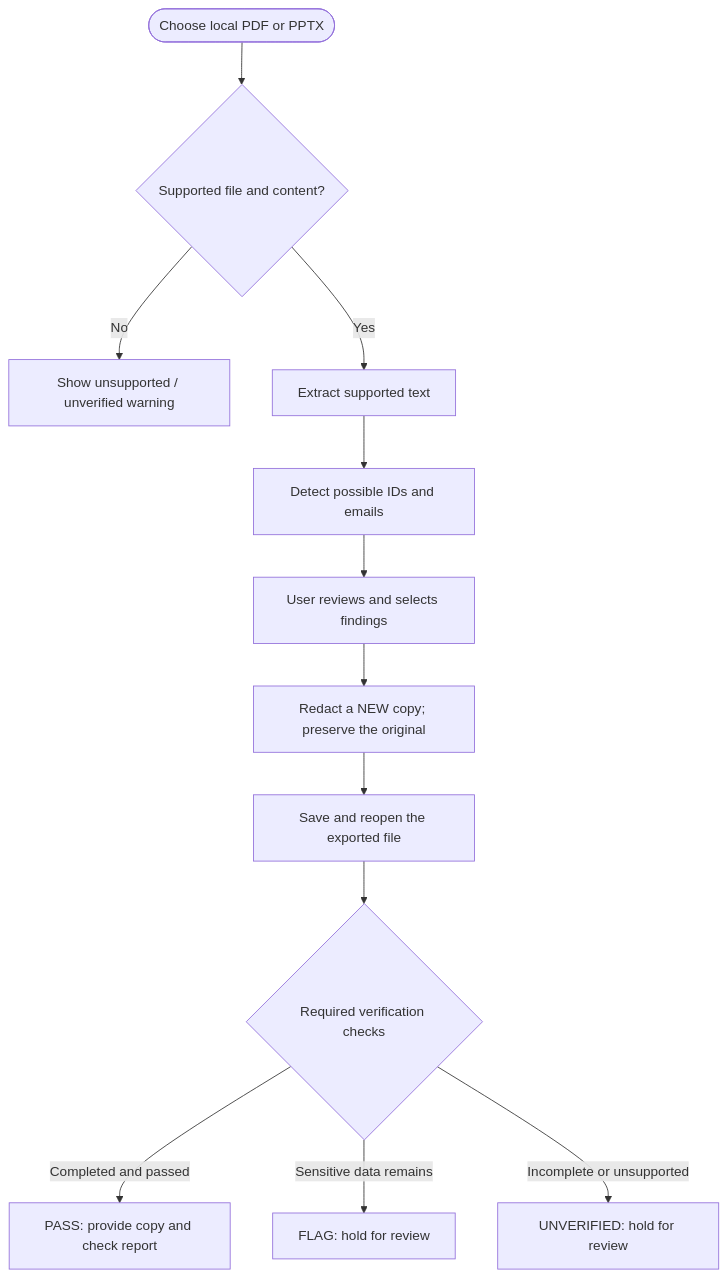
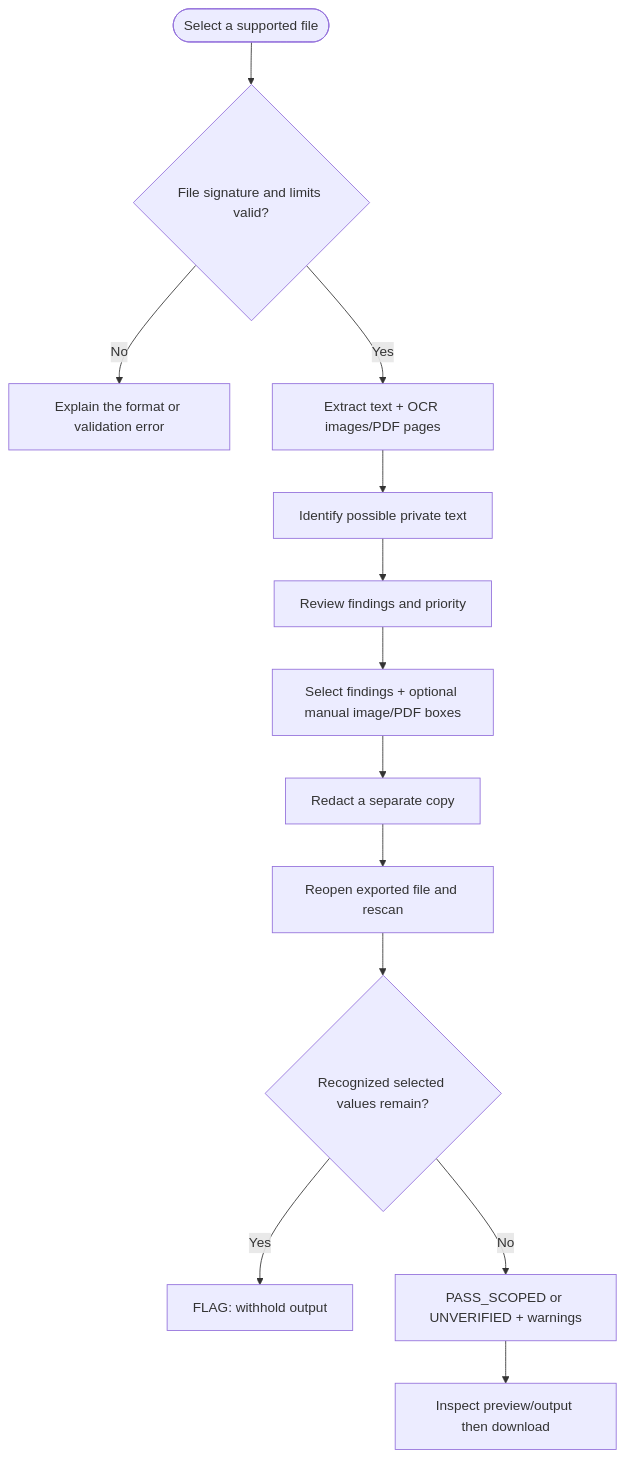
One commit to krutharth-dev/ShareShield changed the first of 2 diagrams in README.md. Above: the diagram before and after it, drawn with Mermaid. The commit also changed other lines of this file and 17 other files, not shown here.

````diff
--- a/README.md
+++ b/README.md
@@ -40,14 +37,15 @@
 ```mermaid
 flowchart TD
-    A(["Choose local PDF or PPTX"]) --> B{"Supported file and content?"}
-    B -->|No| U["Show unsupported / unverified warning"]
-    B -->|Yes| C["Extract supported text"]
-    C --> D["Detect possible IDs and emails"]
-    D --> E["User reviews and selects findings"]
-    E --> F["Redact a NEW copy; preserve the original"]
-    F --> G["Save and reopen the exported file"]
-    G --> H{"Required verification checks"}
-    H -->|Completed and passed| P["PASS: provide copy and check report"]
-    H -->|Sensitive data remains| X["FLAG: hold for review"]
-    H -->|Incomplete or unsupported| Y["UNVERIFIED: hold for review"]
+    A([Select a supported file]) --> B{File signature and limits valid?}
+    B -->|No| X[Explain the format or validation error]
+    B -->|Yes| C[Extract text + OCR images/PDF pages]
+    C --> D[Identify possible private text]
+    D --> E[Review findings and priority]
+    E --> M[Select findings + optional manual image/PDF boxes]
+    M --> F[Redact a separate copy]
+    F --> G[Reopen exported file and rescan]
+    G --> H{Recognized selected values remain?}
+    H -->|Yes| I[FLAG: withhold output]
+    H -->|No| J[PASS_SCOPED or UNVERIFIED + warnings]
+    J --> K[Inspect preview/output then download]
 ```
````
